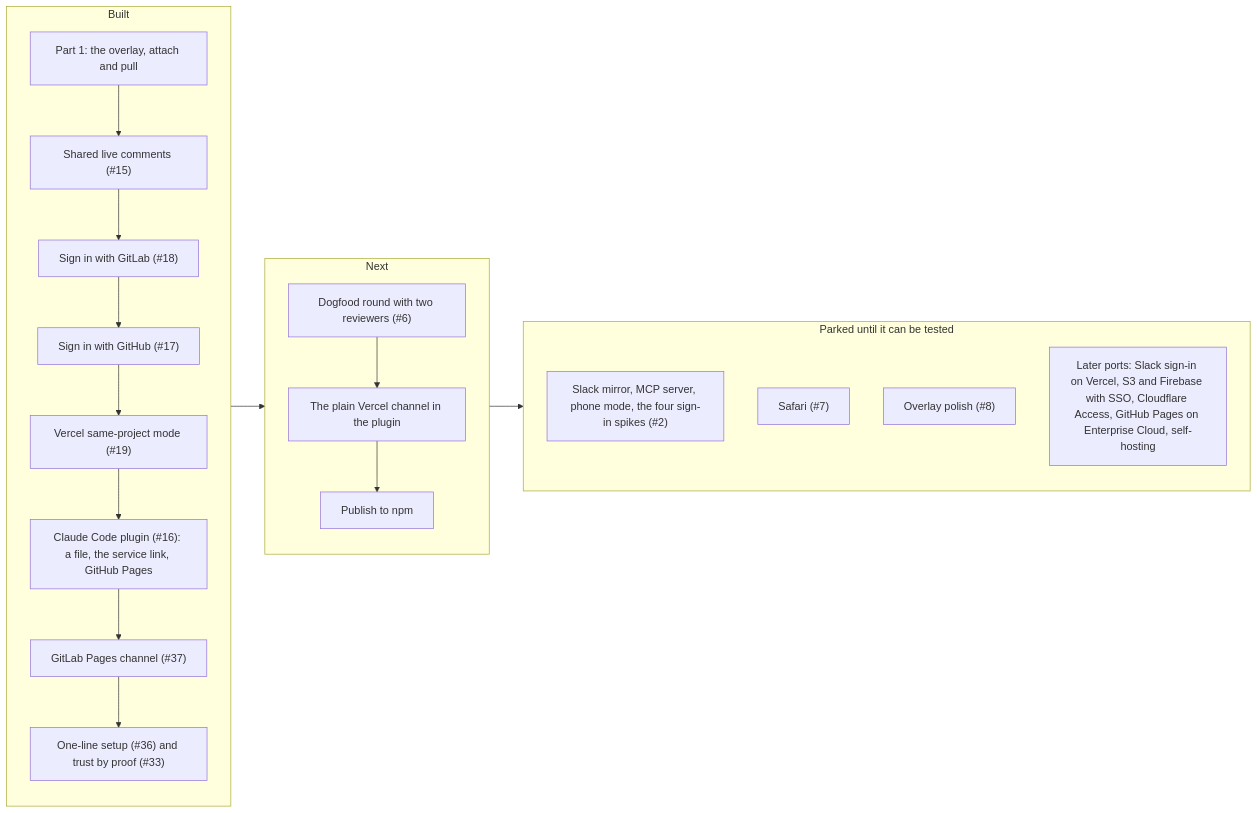
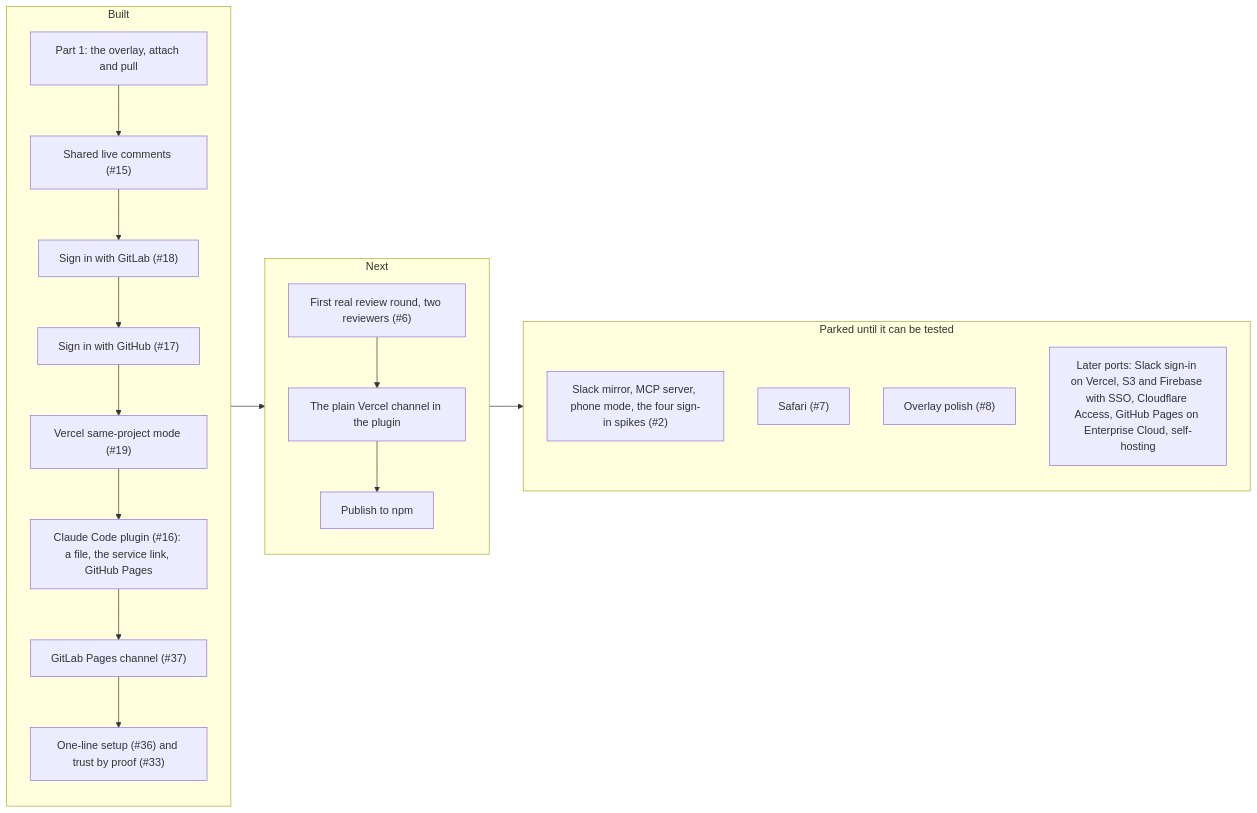
The diagram in ROADMAP.md (mayankmankhand/gitmargin), drawn with Mermaid before and after one commit. The commit also changed other lines of this file, not shown here.

Commit message:
Say review round in the roadmap too
The diagram node and the list bullet still said dogfood (review of #30,
R14, round 2).

````diff
--- a/ROADMAP.md
+++ b/ROADMAP.md
@@ -9,30 +9,30 @@
 ```mermaid
 flowchart LR
   subgraph built ["Built"]
     direction TB
     p1["Part 1: the overlay, attach and pull"]
     s15["Shared live comments (#15)"]
     s18["Sign in with GitLab (#18)"]
     s17["Sign in with GitHub (#17)"]
     s19["Vercel same-project mode (#19)"]
     s16["Claude Code plugin (#16): a file, the service link, GitHub Pages"]
     s37["GitLab Pages channel (#37)"]
     s36["One-line setup (#36) and trust by proof (#33)"]
     p1 --> s15 --> s18 --> s17 --> s19 --> s16 --> s37 --> s36
   end
   subgraph next ["Next"]
     direction TB
-    n6["Dogfood round with two reviewers (#6)"]
+    n6["First real review round, two reviewers (#6)"]
     nv["The plain Vercel channel in the plugin"]
     nn["Publish to npm"]
     n6 --> nv --> nn
   end
   subgraph parked ["Parked until it can be tested"]
     direction TB
     k2["Slack mirror, MCP server, phone mode, the four sign-in spikes (#2)"]
     k7["Safari (#7)"]
     k8["Overlay polish (#8)"]
     kl["Later ports: Slack sign-in on Vercel, S3 and Firebase with SSO, Cloudflare Access, GitHub Pages on Enterprise Cloud, self-hosting"]
   end
   built --> next --> parked
 ```
````
